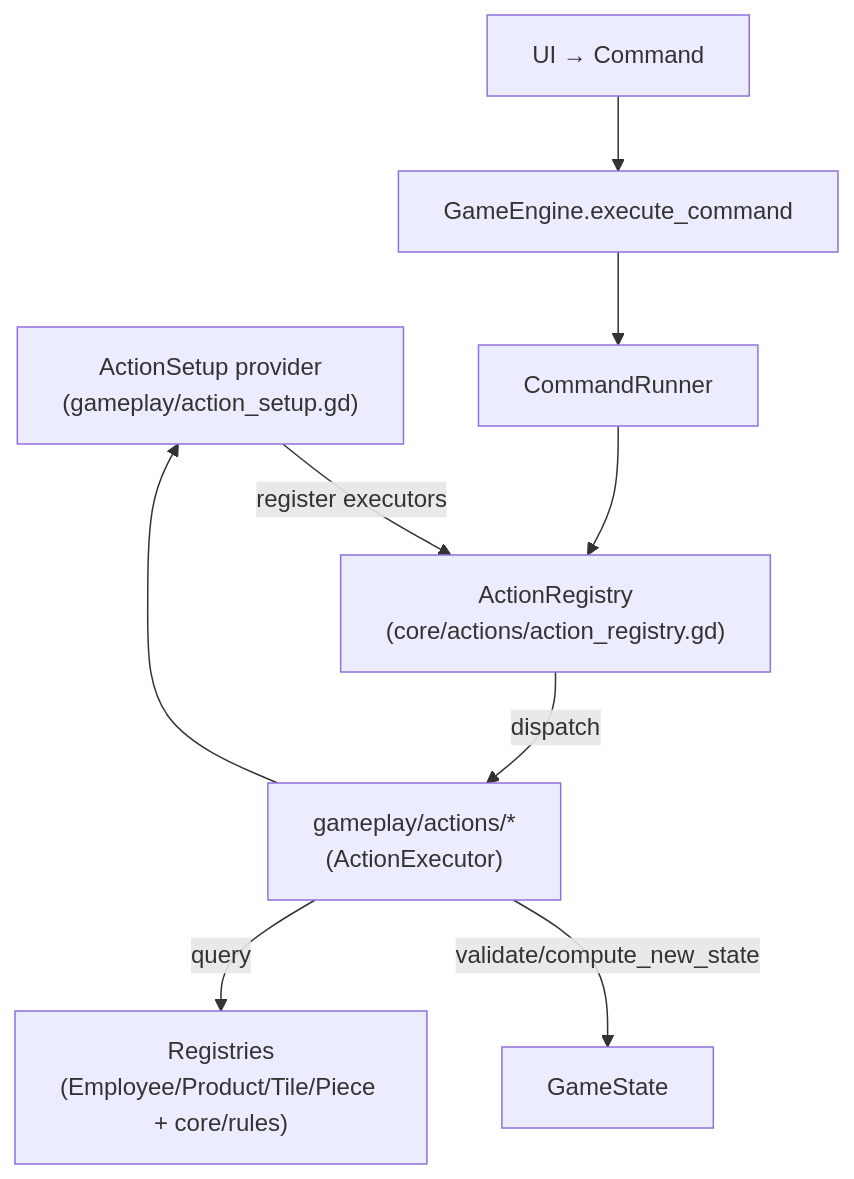
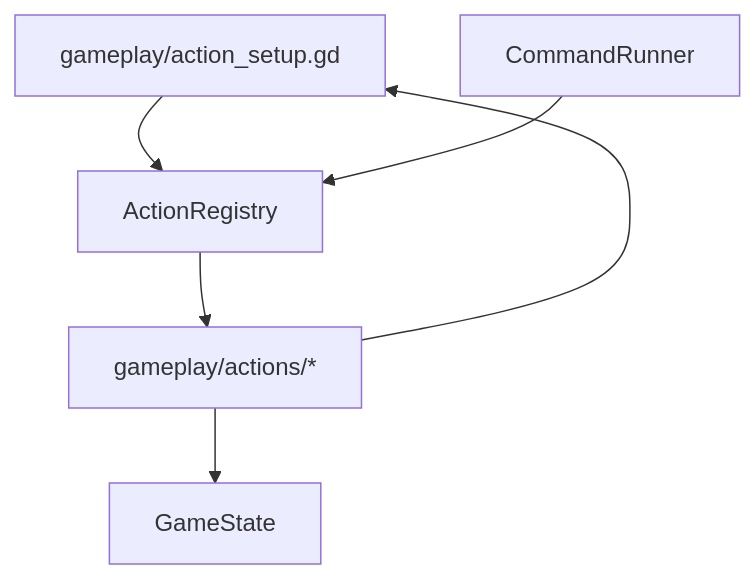
The diagram in docs/architecture/40-gameplay-actions.md (ygowill/food_chain_magnate), drawn with Mermaid before and after one commit. The commit also changed other lines of this file and 82 other files, not shown here.

Commit message:
docs: reorganize documentation structure and refresh architecture docs

````diff
--- a/docs/architecture/40-gameplay-actions.md
+++ b/docs/architecture/40-gameplay-actions.md
@@ -9,20 +9,11 @@
 ```mermaid
 flowchart TB
-  Provider["ActionSetup provider\n(gameplay/action_setup.gd)"]
-  Actions["gameplay/actions/*\n(ActionExecutor)"]
-  AR["ActionRegistry\n(core/actions/action_registry.gd)"]
+  Provider["gameplay/action_setup.gd"]
+  Actions["gameplay/actions/*"]
+  AR["ActionRegistry"]
+  Runner["CommandRunner"]
+  State["GameState"]
 
-  UI["UI → Command"]
-  GE["GameEngine.execute_command"]
-  Runner["CommandRunner"]
-  GS["GameState"]
-  Regs["Registries\n(Employee/Product/Tile/Piece + core/rules)"]
-
-  Actions --> Provider
-  Provider -->|"register executors"| AR
-
-  UI --> GE --> Runner --> AR
-  AR -->|"dispatch"| Actions
-  Actions -->|"validate/compute_new_state"| GS
-  Actions -->|"query"| Regs
+  Actions --> Provider --> AR
+  Runner --> AR --> Actions --> State
 ```
````
